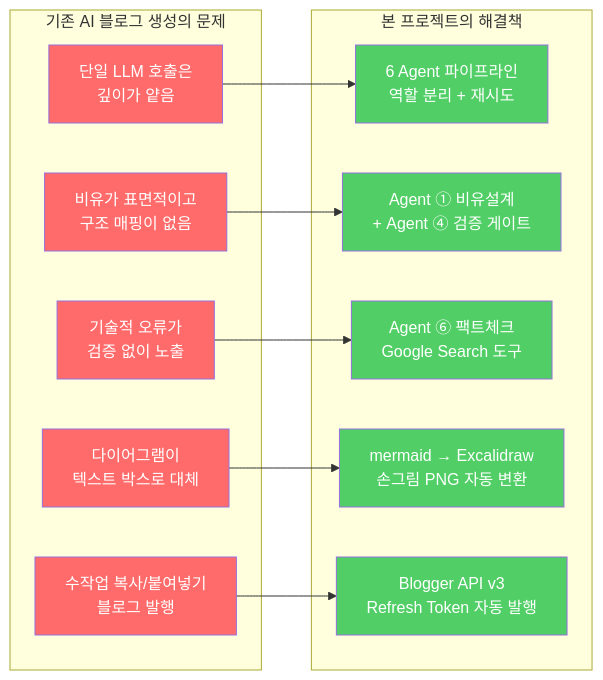
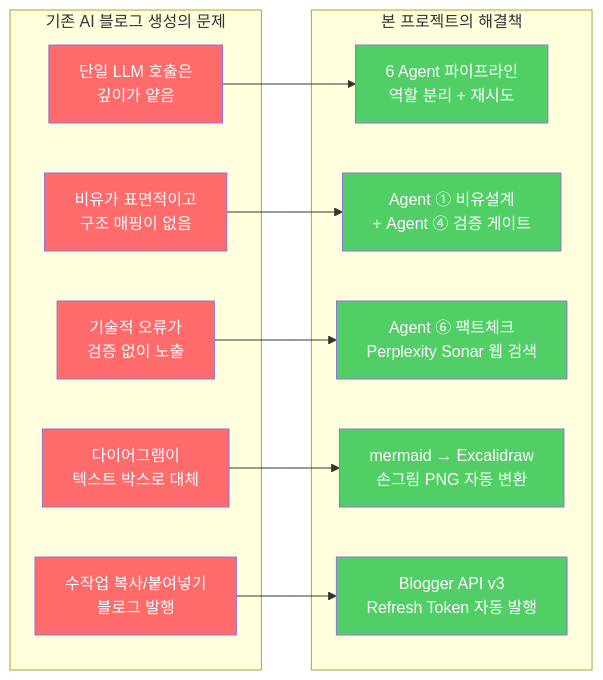
The first of 11 diagrams in README.md (Technoetic/blog-generator), drawn with Mermaid before and after one commit. The commit also changed other lines of this file, not shown here.

First line of the commit message:
docs: README 최신화 — 게임 UX, Sonar 팩트체크, ThreadingHTTPServer 등

````diff
--- a/README.md
+++ b/README.md
@@ -57,35 +57,35 @@
 ```mermaid
 graph LR
     subgraph problems["기존 AI 블로그 생성의 문제"]
         P1["단일 LLM 호출은<br/>깊이가 얕음"]
         P2["비유가 표면적이고<br/>구조 매핑이 없음"]
         P3["기술적 오류가<br/>검증 없이 노출"]
         P4["다이어그램이<br/>텍스트 박스로 대체"]
         P5["수작업 복사/붙여넣기<br/>블로그 발행"]
     end
 
     subgraph solutions["본 프로젝트의 해결책"]
         S1["6 Agent 파이프라인<br/>역할 분리 + 재시도"]
         S2["Agent ① 비유설계<br/>+ Agent ④ 검증 게이트"]
-        S3["Agent ⑥ 팩트체크<br/>Google Search 도구"]
+        S3["Agent ⑥ 팩트체크<br/>Perplexity Sonar 웹 검색"]
         S4["mermaid → Excalidraw<br/>손그림 PNG 자동 변환"]
         S5["Blogger API v3<br/>Refresh Token 자동 발행"]
     end
 
     P1 --> S1
     P2 --> S2
     P3 --> S3
     P4 --> S4
     P5 --> S5
 
     style P1 fill:#ff6b6b,color:#fff
     style P2 fill:#ff6b6b,color:#fff
     style P3 fill:#ff6b6b,color:#fff
     style P4 fill:#ff6b6b,color:#fff
     style P5 fill:#ff6b6b,color:#fff
     style S1 fill:#51cf66,color:#fff
     style S2 fill:#51cf66,color:#fff
     style S3 fill:#51cf66,color:#fff
     style S4 fill:#51cf66,color:#fff
     style S5 fill:#51cf66,color:#fff
 ```
````
